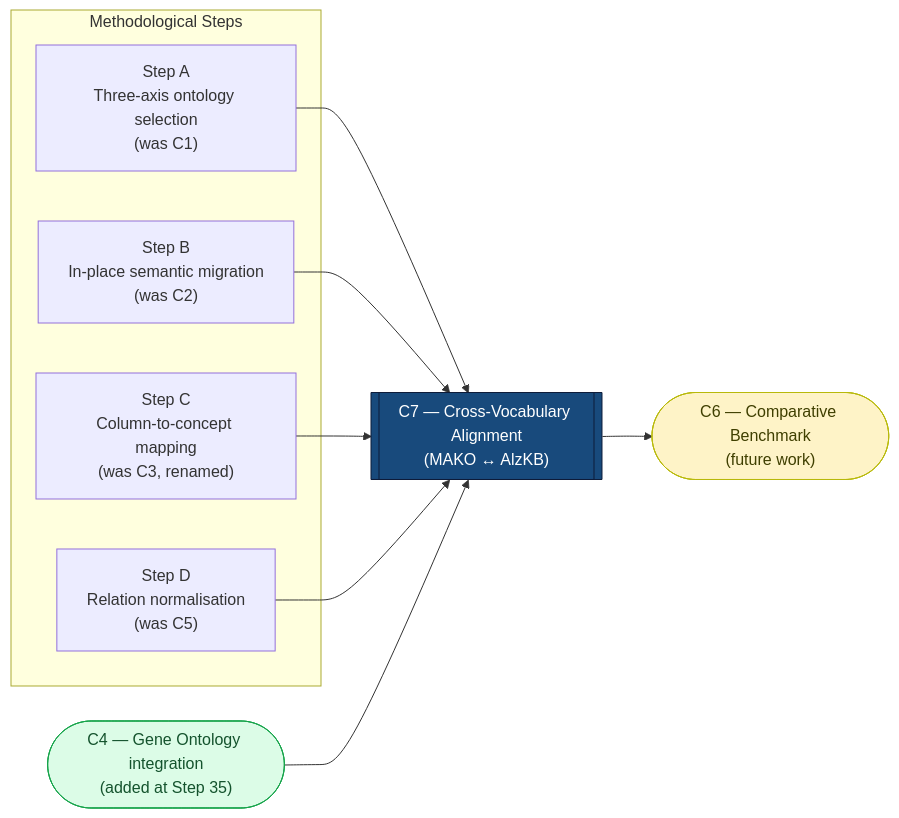
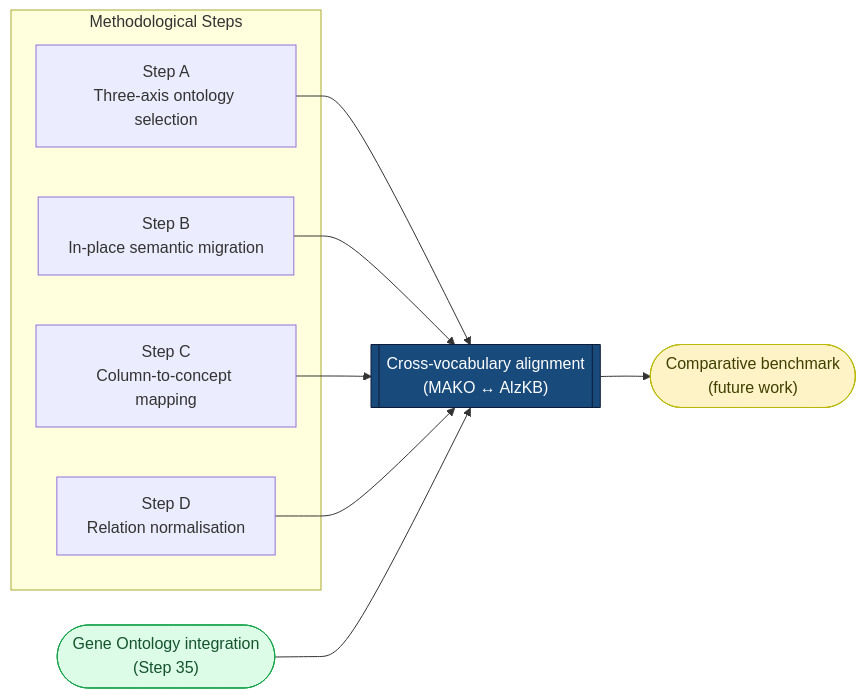
Before and after one commit to theFellandes/ADNIKnowledgeGraph: the diagram in paper_outputs/f1_dependency.mmd, drawn with Mermaid. The commit also changed 26 other files, not shown here.

```diff
--- a/paper_outputs/f1_dependency.mmd
+++ b/paper_outputs/f1_dependency.mmd
@@ -1,29 +1,28 @@
 %% F1 — MAKO functional dependency diagram (post-Step-35)
-%% C7 (cross-vocabulary AlzKB alignment) sits at the centre.
-%% Steps A–D feed into C7. C4 (Gene Ontology) landed at Step 35 and now also
-%% feeds C7, taking the AlzKB Gene-category alignment to 5/5. C6 is future
-%% work.
+%% The cross-vocabulary AlzKB alignment sits at the centre.
+%% The four methodological steps and the Gene Ontology pass feed it; the
+%% comparative benchmark on a second cohort is future work.
 flowchart LR
     subgraph Steps["Methodological Steps"]
-        A["Step A<br/>Three-axis ontology selection<br/>(was C1)"]
-        B["Step B<br/>In-place semantic migration<br/>(was C2)"]
-        C["Step C<br/>Column-to-concept mapping<br/>(was C3, renamed)"]
-        D["Step D<br/>Relation normalisation<br/>(was C5)"]
+        A["Step A<br/>Three-axis ontology selection"]
+        B["Step B<br/>In-place semantic migration"]
+        C["Step C<br/>Column-to-concept mapping"]
+        D["Step D<br/>Relation normalisation"]
     end
 
-    C7[["C7 — Cross-Vocabulary Alignment<br/>(MAKO ↔ AlzKB)"]]
-    C6(["C6 — Comparative Benchmark<br/>(future work)"])
-    C4(["C4 — Gene Ontology integration<br/>(added at Step 35)"]):::added
+    HUB[["Cross-vocabulary alignment<br/>(MAKO ↔ AlzKB)"]]
+    BENCH(["Comparative benchmark<br/>(future work)"])
+    GO(["Gene Ontology integration<br/>(Step 35)"]):::added
 
-    A --> C7
-    B --> C7
-    C --> C7
-    D --> C7
-    C4 --> C7
-    C7 --> C6
+    A --> HUB
+    B --> HUB
+    C --> HUB
+    D --> HUB
+    GO --> HUB
+    HUB --> BENCH
 
     classDef added fill:#dcfce7,stroke:#16a34a,color:#14532d;
     classDef future fill:#fef3c7,stroke:#b8b90c,color:#3f3f00;
     classDef hub fill:#184a7c,stroke:#0f1d3a,color:#ffffff;
-    class C7 hub
-    class C6 future
+    class HUB hub
+    class BENCH future
```
